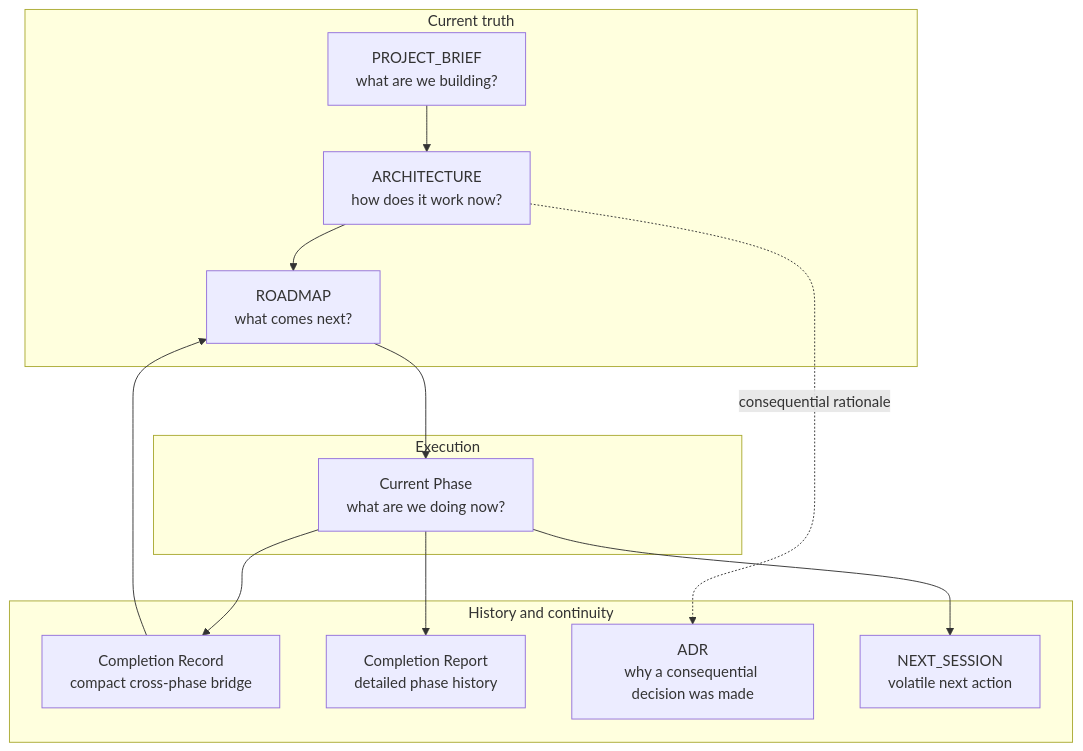
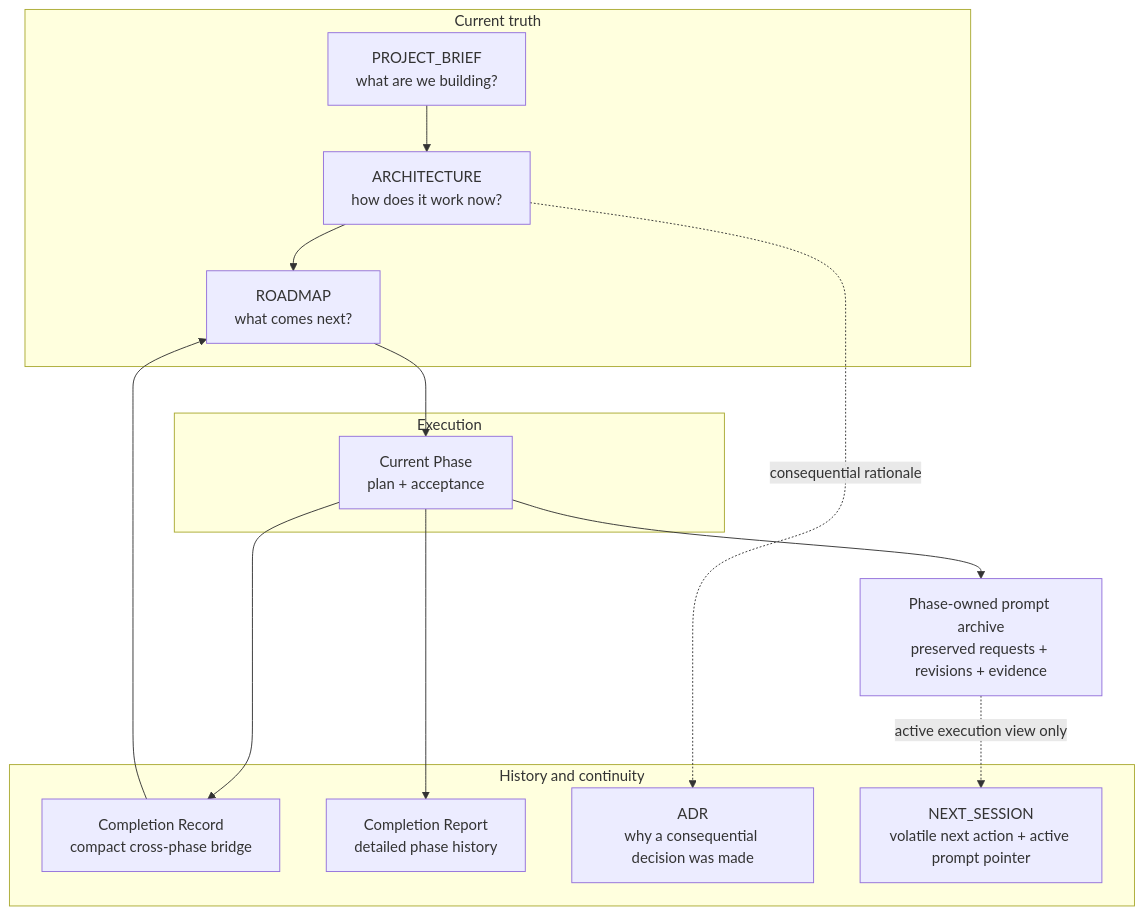
One commit to Elguajo/Progressive-Context-Kit changed the diagram in docs/visuals/project-memory-model.md. Above: the diagram before and after it, drawn with Mermaid. The commit also changed 33 other files, not shown here.

Commit message:
feat: preserve phase task prompts and bound execution context

````diff
--- a/docs/visuals/project-memory-model.md
+++ b/docs/visuals/project-memory-model.md
@@ -5,26 +5,27 @@
 ```mermaid
 flowchart TB
     subgraph T[Current truth]
         B[PROJECT_BRIEF\nwhat are we building?]
         A[ARCHITECTURE\nhow does it work now?]
         R[ROADMAP\nwhat comes next?]
     end
 
     subgraph E[Execution]
-        P[Current Phase\nwhat are we doing now?]
+        P[Current Phase\nplan + acceptance]
     end
 
     subgraph H[History and continuity]
         CR[Completion Record\ncompact cross-phase bridge]
         CP[Completion Report\ndetailed phase history]
         ADR[ADR\nwhy a consequential decision was made]
-        NS[NEXT_SESSION\nvolatile next action]
+        NS[NEXT_SESSION\nvolatile next action + active prompt pointer]
     end
 
     B --> A --> R --> P
     P --> CR
     P --> CP
-    P --> NS
+    P --> PA[Phase-owned prompt archive\npreserved requests + revisions + evidence]
+    PA -. active execution view only .-> NS
     A -. consequential rationale .-> ADR
     CR --> R
 ```
````
